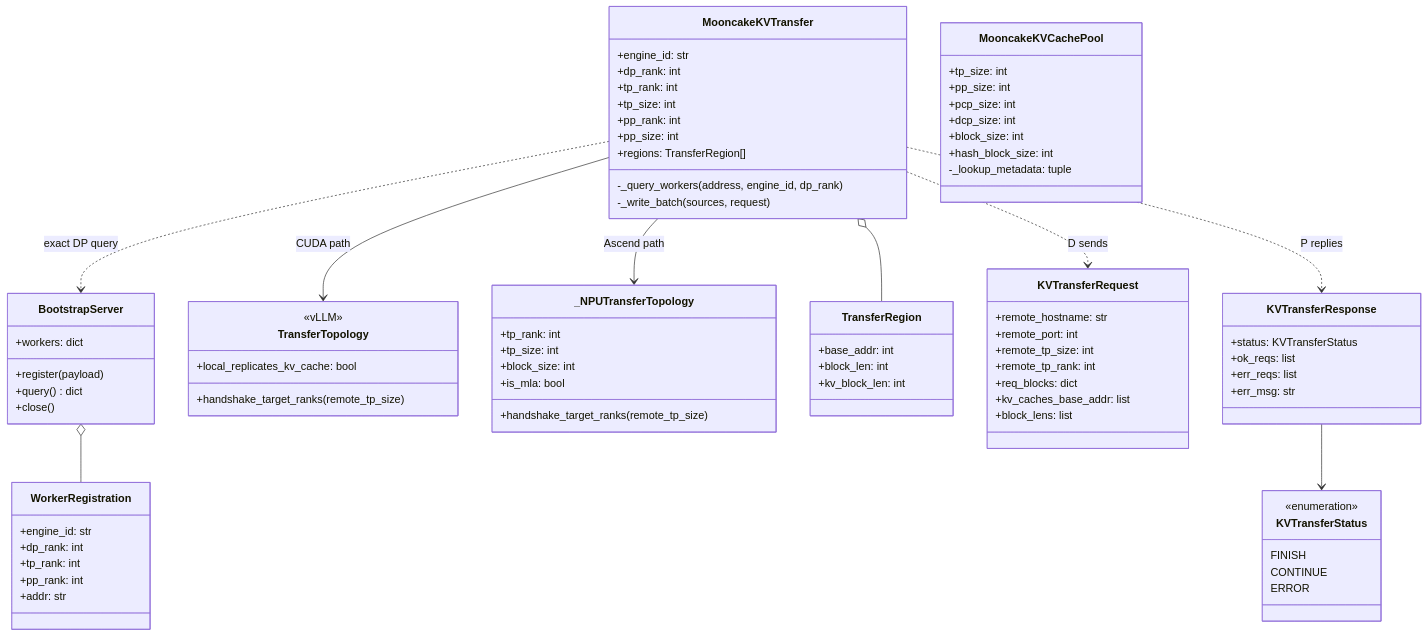
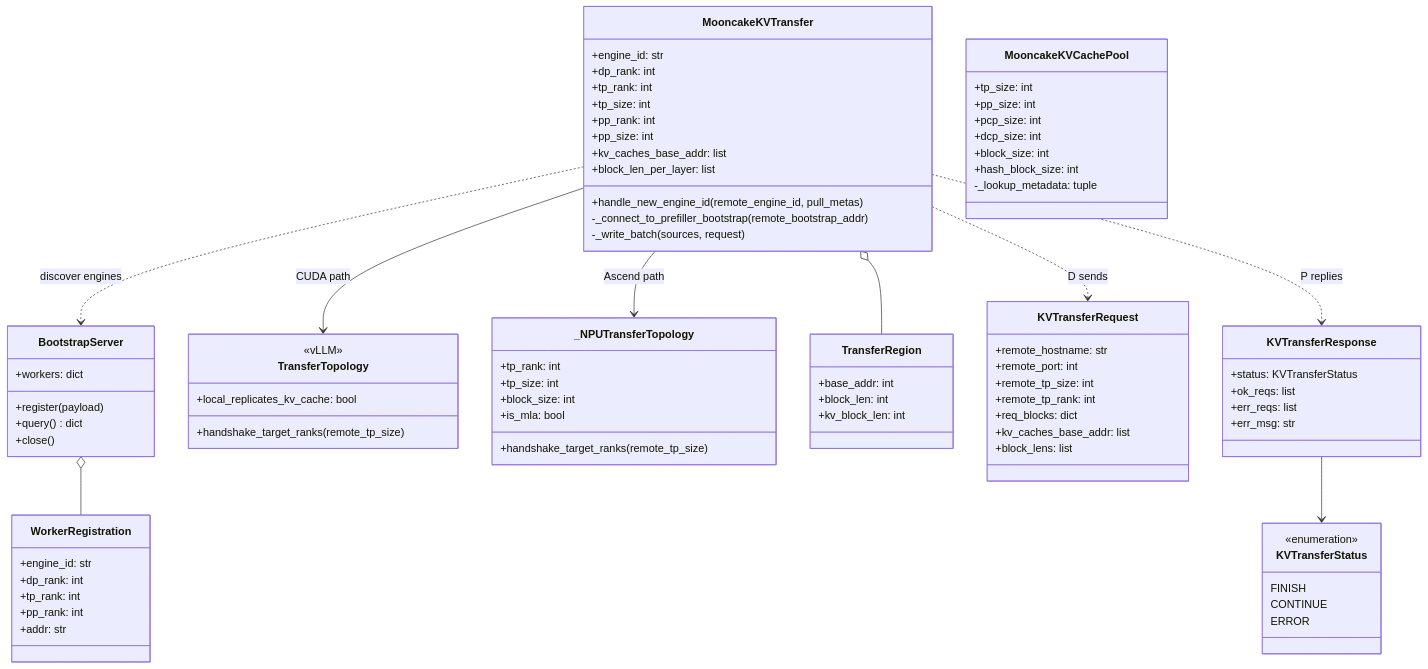
One commit to WangSu-X/MTSC changed the fourth of 6 diagrams in docs/design/S03-decode设计.md. Above: the diagram before and after it, drawn with Mermaid. The commit also changed other lines of this file and 21 other files, not shown here.

```diff
--- a/docs/design/S03-decode设计.md
+++ b/docs/design/S03-decode设计.md
@@ -543,8 +536,10 @@
         +tp_size: int
         +pp_rank: int
         +pp_size: int
-        +regions: TransferRegion[]
-        -_query_workers(address, engine_id, dp_rank)
+        +kv_caches_base_addr: list
+        +block_len_per_layer: list
+        +handle_new_engine_id(remote_engine_id, pull_metas)
+        -_connect_to_prefiller_bootstrap(remote_bootstrap_addr)
         -_write_batch(sources, request)
     }
     class BootstrapServer {
@@ -611,7 +606,7 @@
     MooncakeKVTransfer o-- TransferRegion
     MooncakeKVTransfer --> TransferTopology : CUDA path
     MooncakeKVTransfer --> _NPUTransferTopology : Ascend path
-    MooncakeKVTransfer ..> BootstrapServer : exact DP query
+    MooncakeKVTransfer ..> BootstrapServer : discover engines
     BootstrapServer o-- WorkerRegistration
     MooncakeKVTransfer ..> KVTransferRequest : D sends
     MooncakeKVTransfer ..> KVTransferResponse : P replies
```
